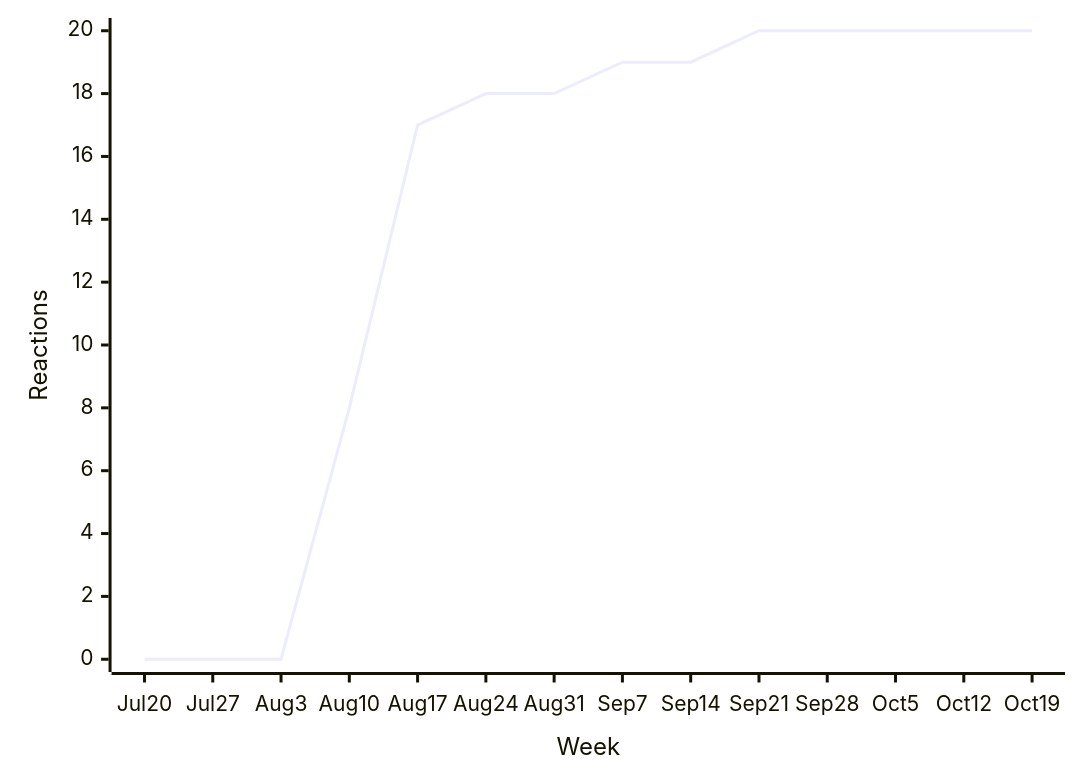
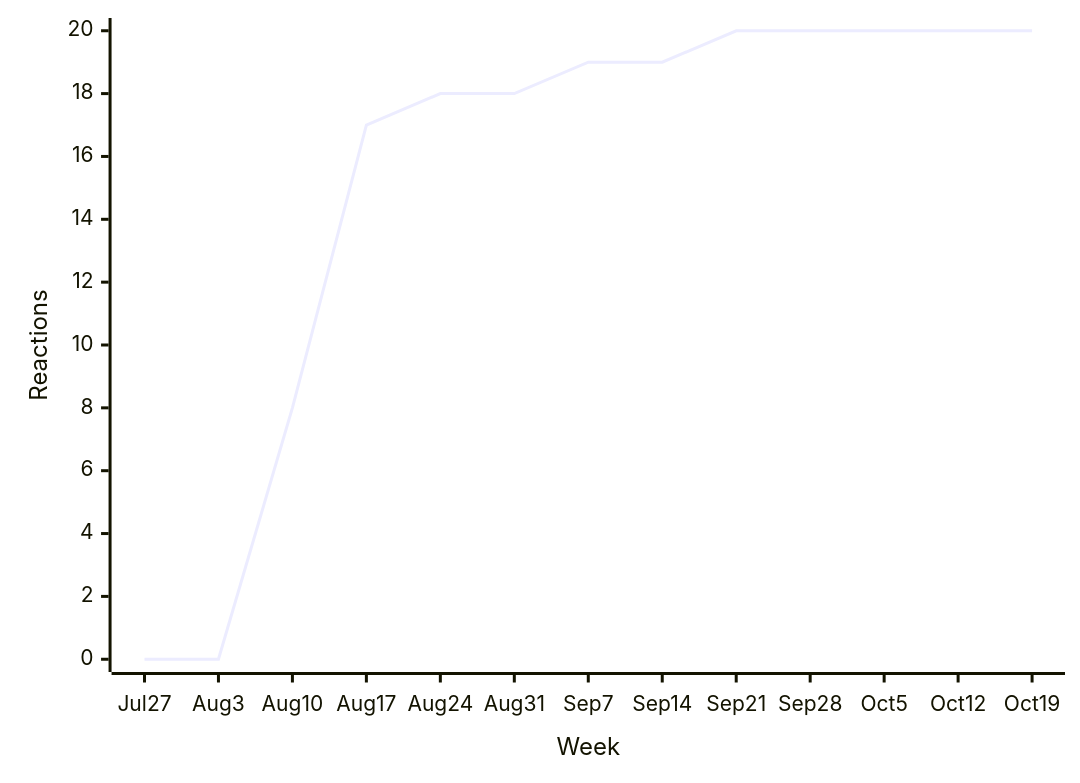
One commit to loic-sharma/github-insights changed the fifth of 39 diagrams in README.md. Above: the diagram before and after it, drawn with Mermaid. The commit also changed other lines of this file and 3 other files, not shown here.

````diff
--- a/README.md
+++ b/README.md
@@ -409,6 +392,6 @@
   ```mermaid
   xychart-beta
-    x-axis "Week" [Jul 20, Jul 27, Aug 3, Aug 10, Aug 17, Aug 24, Aug 31, Sep 7, Sep 14, Sep 21, Sep 28, Oct 5, Oct 12, Oct 19]
+    x-axis "Week" [Jul 27, Aug 3, Aug 10, Aug 17, Aug 24, Aug 31, Sep 7, Sep 14, Sep 21, Sep 28, Oct 5, Oct 12, Oct 19]
     y-axis "Reactions" 0 --> 20
-    line [0, 0, 0, 8, 17, 18, 18, 19, 19, 20, 20, 20, 20, 20]
+    line [0, 0, 8, 17, 18, 18, 19, 19, 20, 20, 20, 20, 20]
   ```
````
